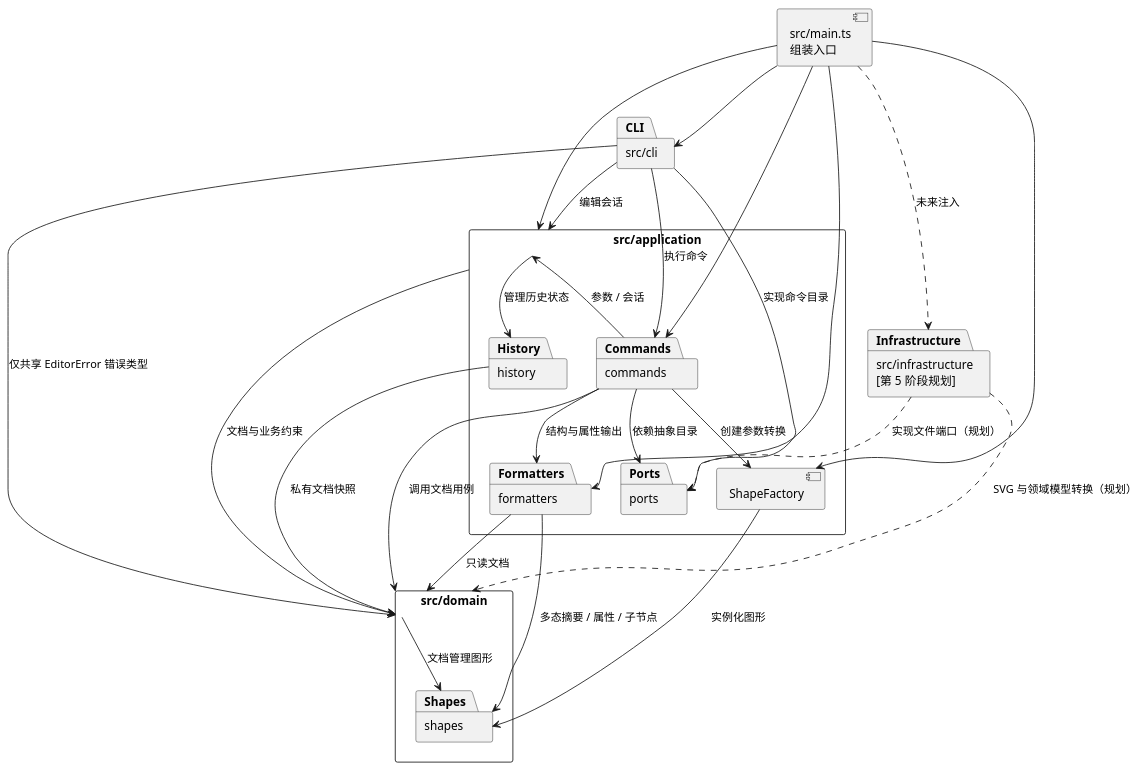
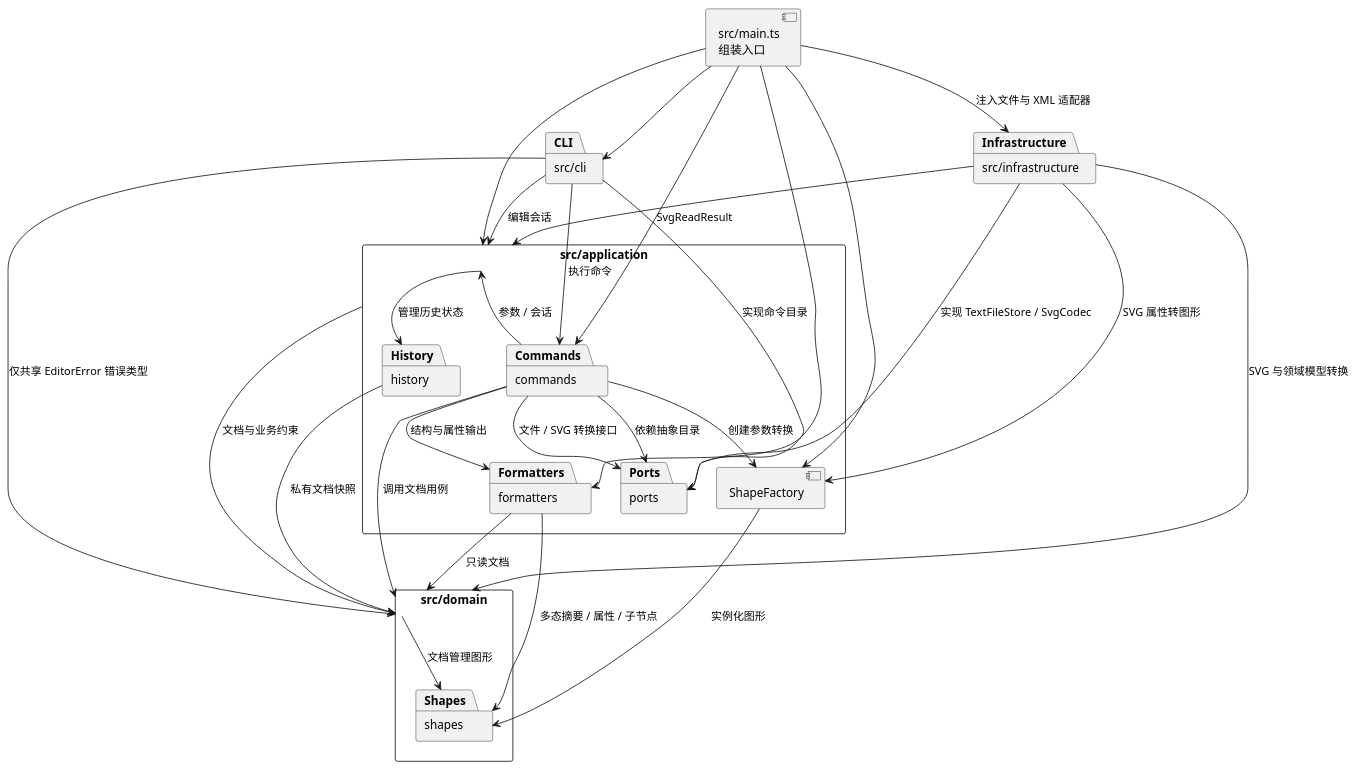
One commit to leoh4mster/svg-editor-cli-pj1 changed the diagram in doc/README.md. Above: the diagram before and after it, drawn with PlantUML. The commit also changed other lines of this file and 35 other files, not shown here.

````diff
--- a/doc/README.md
+++ b/doc/README.md
@@ -28,43 +28,46 @@
 ```plantuml
 @startuml
 skinparam packageStyle rectangle
 package "src/cli" as CLI
 package "src/application" as Application {
   package "commands" as Commands
   package "ports" as Ports
   package "formatters" as Formatters
   package "history" as History
   component "ShapeFactory" as Factory
 }
 package "src/domain" as Domain {
   package "shapes" as Shapes
 }
-package "src/infrastructure\n[第 5 阶段规划]" as Infrastructure
+package "src/infrastructure" as Infrastructure
 component "src/main.ts\n组装入口" as Main
 
 CLI --> Commands : 执行命令
 CLI --> Application : 编辑会话
 CLI --> Ports : 实现命令目录
 CLI --> Domain : 仅共享 EditorError 错误类型
 Commands --> Application : 参数 / 会话
 Commands --> Ports : 依赖抽象目录
 Commands --> Factory : 创建参数转换
 Commands --> Formatters : 结构与属性输出
 Commands --> Domain : 调用文档用例
+Commands --> Ports : 文件 / SVG 转换接口
 Application --> History : 管理历史状态
 History --> Domain : 私有文档快照
 Application --> Domain : 文档与业务约束
 Factory --> Shapes : 实例化图形
 Formatters --> Domain : 只读文档
 Formatters --> Shapes : 多态摘要 / 属性 / 子节点
 Domain --> Shapes : 文档管理图形
-Infrastructure ..> Ports : 实现文件端口（规划）
-Infrastructure ..> Domain : SVG 与领域模型转换（规划）
+Infrastructure --> Ports : 实现 TextFileStore / SvgCodec
+Infrastructure --> Factory : SVG 属性转图形
+Infrastructure --> Application : SvgReadResult
+Infrastructure --> Domain : SVG 与领域模型转换
 Main --> CLI
 Main --> Commands
 Main --> Application
 Main --> Factory
 Main --> Formatters
-Main ..> Infrastructure : 未来注入
+Main --> Infrastructure : 注入文件与 XML 适配器
 @enduml
 ```
````
